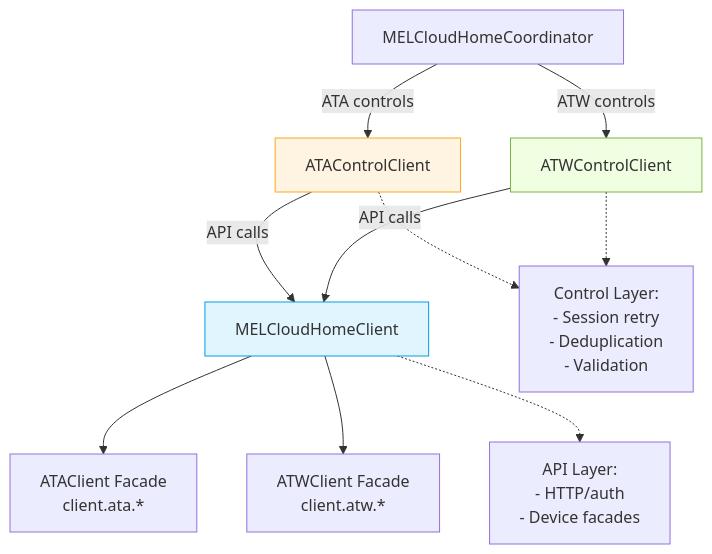
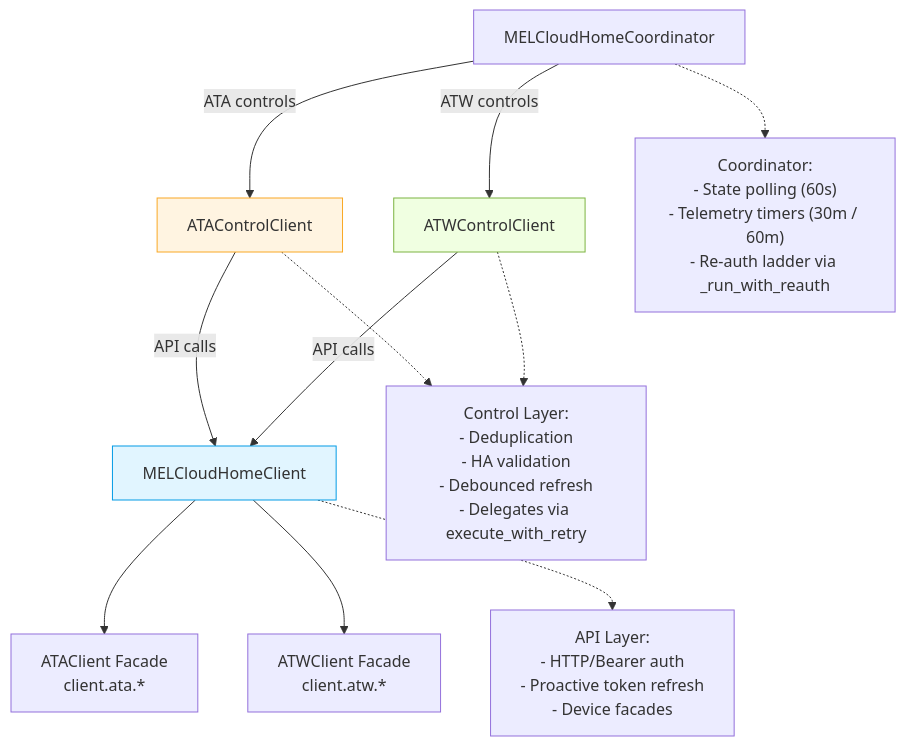
Before and after one commit to andrew-blake/melcloudhome: the third of 5 diagrams in docs/architecture.md, drawn with Mermaid. The commit also changed other lines of this file and 9 other files, not shown here.

First line of the commit message:
docs: refresh architecture + RE docs for mobile API migration (#105)

````diff
--- a/docs/architecture.md
+++ b/docs/architecture.md
@@ -289,27 +350,29 @@
 ```mermaid
 graph TD
     Coordinator[MELCloudHomeCoordinator]
     ControlATA[ATAControlClient]
     ControlATW[ATWControlClient]
     APIClient[MELCloudHomeClient]
     ATAAPI[ATAClient Facade<br/>client.ata.*]
     ATWAPI[ATWClient Facade<br/>client.atw.*]
 
     Coordinator -->|ATA controls| ControlATA
     Coordinator -->|ATW controls| ControlATW
     ControlATA -->|API calls| APIClient
     ControlATW -->|API calls| APIClient
     APIClient --> ATAAPI
     APIClient --> ATWAPI
 
     style ControlATA fill:#fff4e1,stroke:#f9a825
     style ControlATW fill:#f0ffe1,stroke:#7cb342
     style APIClient fill:#e1f5ff,stroke:#039be5
 
-    note1[Control Layer:<br/>- Session retry<br/>- Deduplication<br/>- Validation]
-    note2[API Layer:<br/>- HTTP/auth<br/>- Device facades]
+    note0["Coordinator:<br/>- State polling (60s)<br/>- Telemetry timers (30m / 60m)<br/>- Re-auth ladder via _run_with_reauth"]
+    note1["Control Layer:<br/>- Deduplication<br/>- HA validation<br/>- Debounced refresh<br/>- Delegates via execute_with_retry"]
+    note2["API Layer:<br/>- HTTP/Bearer auth<br/>- Proactive token refresh<br/>- Device facades"]
 
+    Coordinator -.-> note0
     ControlATA -.-> note1
     ControlATW -.-> note1
     APIClient -.-> note2
 ```
````
